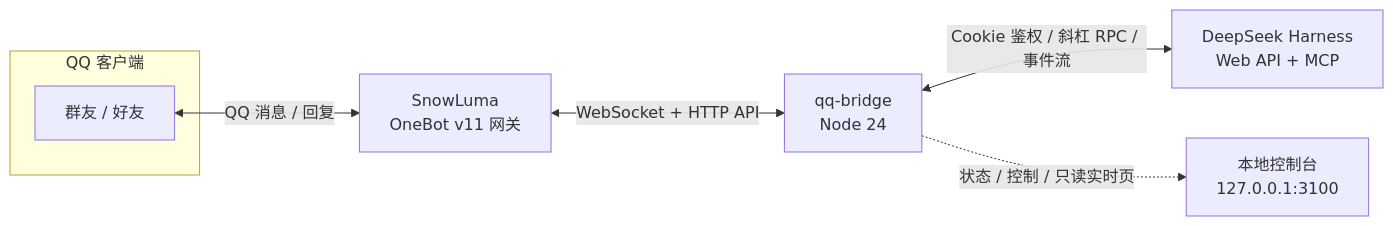
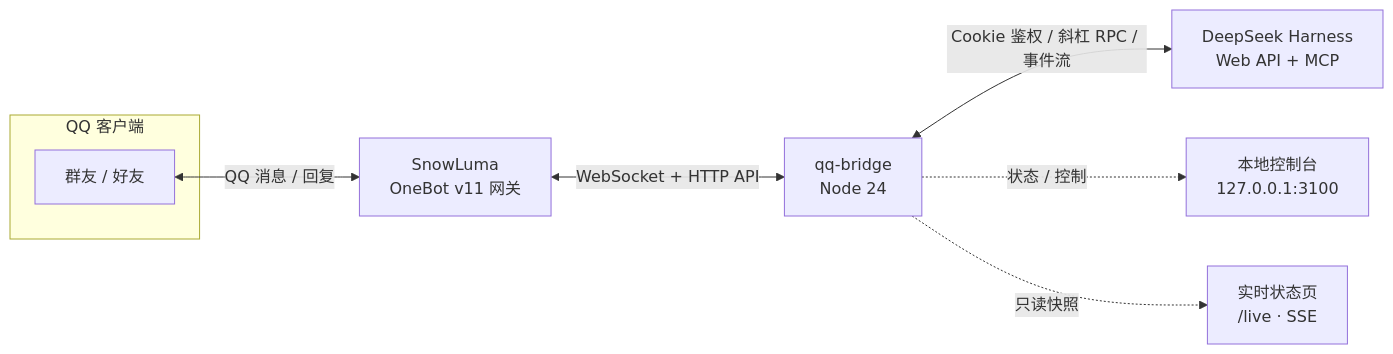
The second of 3 diagrams in README.md (Frostyume/xiaojingyu), drawn with Mermaid before and after one commit. The commit also changed other lines of this file and 95 other files, not shown here.

````diff
--- a/README.md
+++ b/README.md
@@ -61,15 +181,17 @@
 ```mermaid
 flowchart LR
   subgraph QQ["QQ 客户端"]
     U["群友 / 好友"]
   end
   SL["SnowLuma<br/>OneBot v11 网关"]
   BR["qq-bridge<br/>Node 24"]
   DSH["DeepSeek Harness<br/>Web API + MCP"]
   WEB["本地控制台<br/>127.0.0.1:3100"]
+  LIVE["实时状态页<br/>/live · SSE"]
 
   U <-->|"QQ 消息 / 回复"| SL
   SL <-->|"WebSocket + HTTP API"| BR
   BR <-->|"Cookie 鉴权 / 斜杠 RPC / 事件流"| DSH
-  BR -.->|"状态 / 控制 / 只读实时页"| WEB
+  BR -.->|"状态 / 控制"| WEB
+  BR -.->|"只读快照"| LIVE
 ```
````
